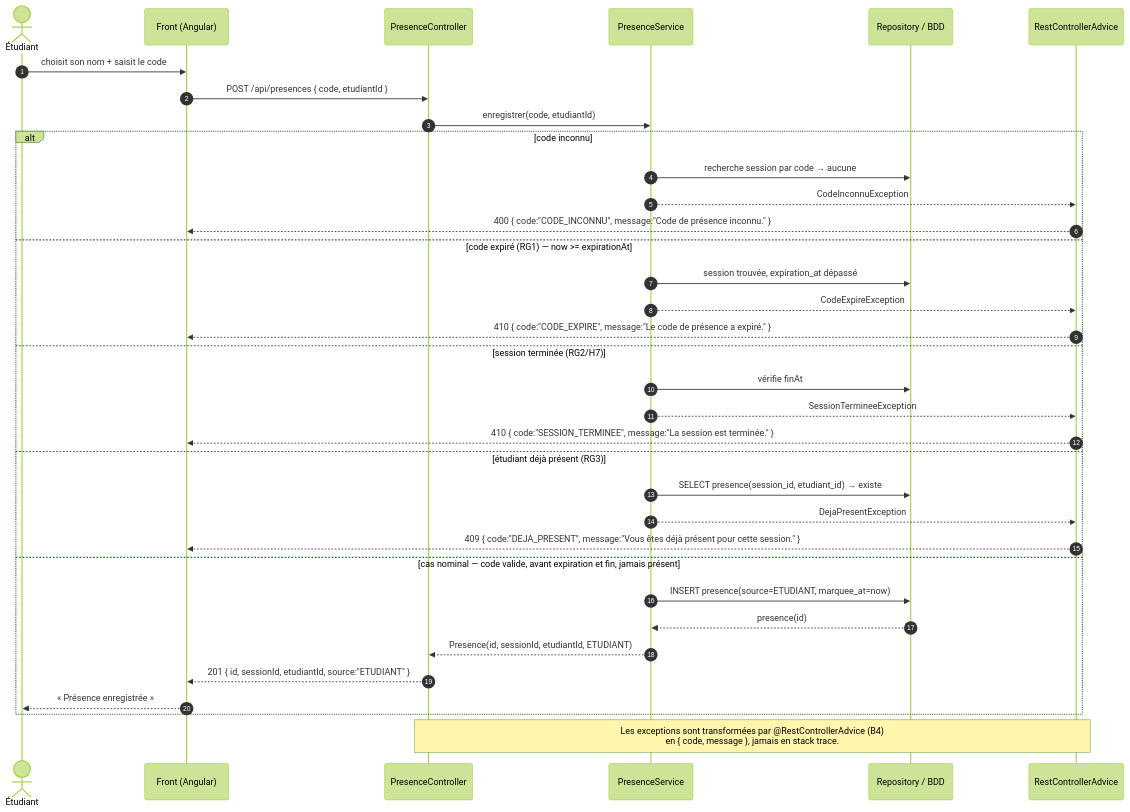
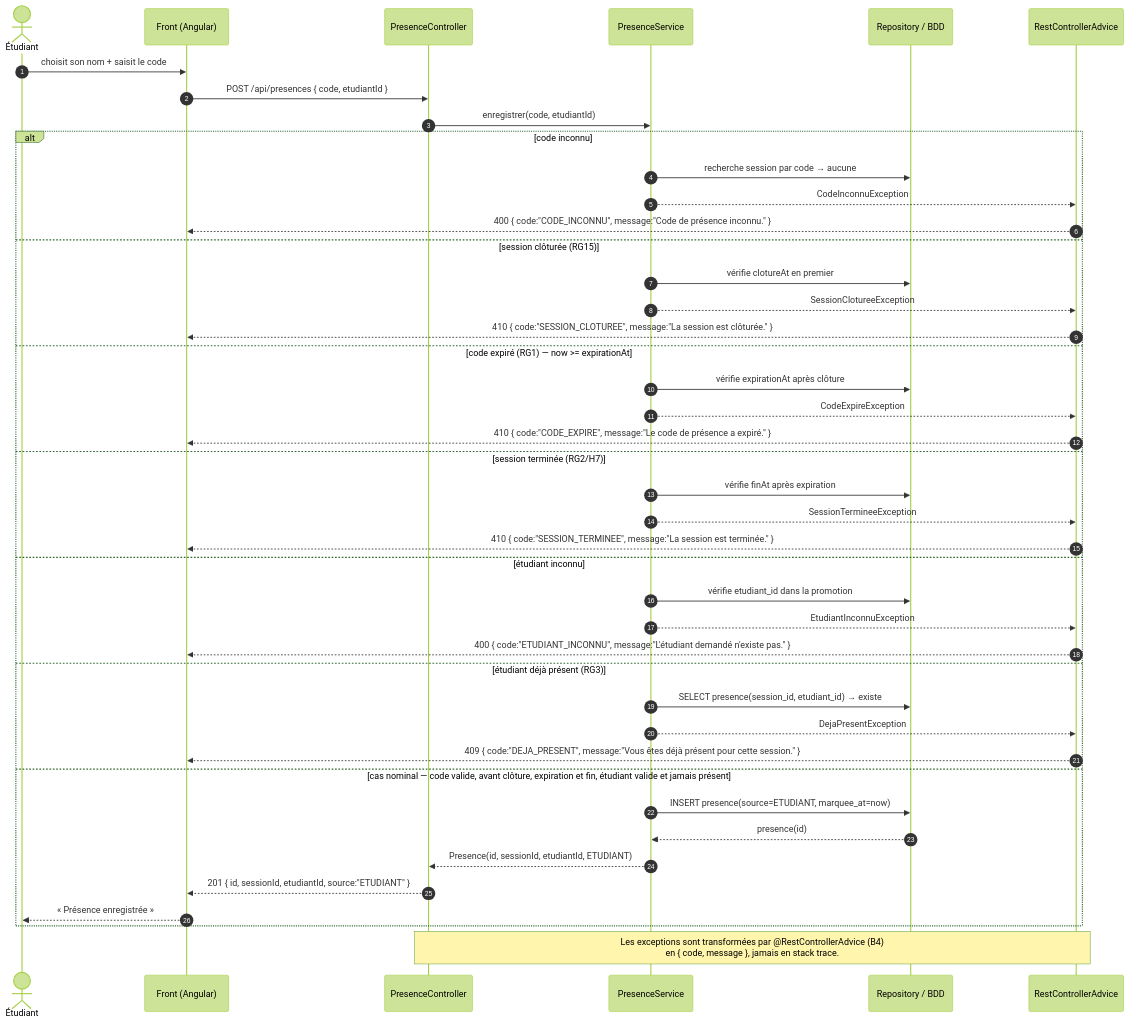
One commit to suner-dev/kfokam48-epreuve-221 changed the diagram in docs/diagrammes/D3-sequence-presence.md. Above: the diagram before and after it, drawn with Mermaid (forest theme). The commit also changed other lines of this file and 2 other files, not shown here.

Commit message:
docs(v0.1): completer le journal et le diagramme D3 (H11, H12)

````diff
--- a/docs/diagrammes/D3-sequence-presence.md
+++ b/docs/diagrammes/D3-sequence-presence.md
@@ -9,40 +8,48 @@
 ```mermaid
 sequenceDiagram
     autonumber
     actor E as Étudiant
     participant F as Front (Angular)
     participant C as PresenceController
     participant S as PresenceService
     participant DB as Repository / BDD
     participant A as RestControllerAdvice
 
     E->>F: choisit son nom + saisit le code
     F->>C: POST /api/presences { code, etudiantId }
     C->>S: enregistrer(code, etudiantId)
 
     alt code inconnu
         S->>DB: recherche session par code → aucune
         S-->>A: CodeInconnuException
         A-->>F: 400 { code:"CODE_INCONNU", message:"Code de présence inconnu." }
+    else session clôturée (RG15)
+        S->>DB: vérifie clotureAt en premier
+        S-->>A: SessionClotureeException
+        A-->>F: 410 { code:"SESSION_CLOTUREE", message:"La session est clôturée." }
     else code expiré (RG1) — now >= expirationAt
-        S->>DB: session trouvée, expiration_at dépassé
+        S->>DB: vérifie expirationAt après clôture
         S-->>A: CodeExpireException
         A-->>F: 410 { code:"CODE_EXPIRE", message:"Le code de présence a expiré." }
     else session terminée (RG2/H7)
-        S->>DB: vérifie finAt
+        S->>DB: vérifie finAt après expiration
         S-->>A: SessionTermineeException
         A-->>F: 410 { code:"SESSION_TERMINEE", message:"La session est terminée." }
+    else étudiant inconnu
+        S->>DB: vérifie etudiant_id dans la promotion
+        S-->>A: EtudiantInconnuException
+        A-->>F: 400 { code:"ETUDIANT_INCONNU", message:"L'étudiant demandé n'existe pas." }
     else étudiant déjà présent (RG3)
         S->>DB: SELECT presence(session_id, etudiant_id) → existe
         S-->>A: DejaPresentException
         A-->>F: 409 { code:"DEJA_PRESENT", message:"Vous êtes déjà présent pour cette session." }
-    else cas nominal — code valide, avant expiration et fin, jamais présent
+    else cas nominal — code valide, avant clôture, expiration et fin, étudiant valide et jamais présent
         S->>DB: INSERT presence(source=ETUDIANT, marquee_at=now)
         DB-->>S: presence(id)
         S-->>C: Presence(id, sessionId, etudiantId, ETUDIANT)
         C-->>F: 201 { id, sessionId, etudiantId, source:"ETUDIANT" }
         F-->>E: « Présence enregistrée »
     end
 
     Note over C,A: Les exceptions sont transformées par @RestControllerAdvice (B4)<br/>en { code, message }, jamais en stack trace.
 ```
````
